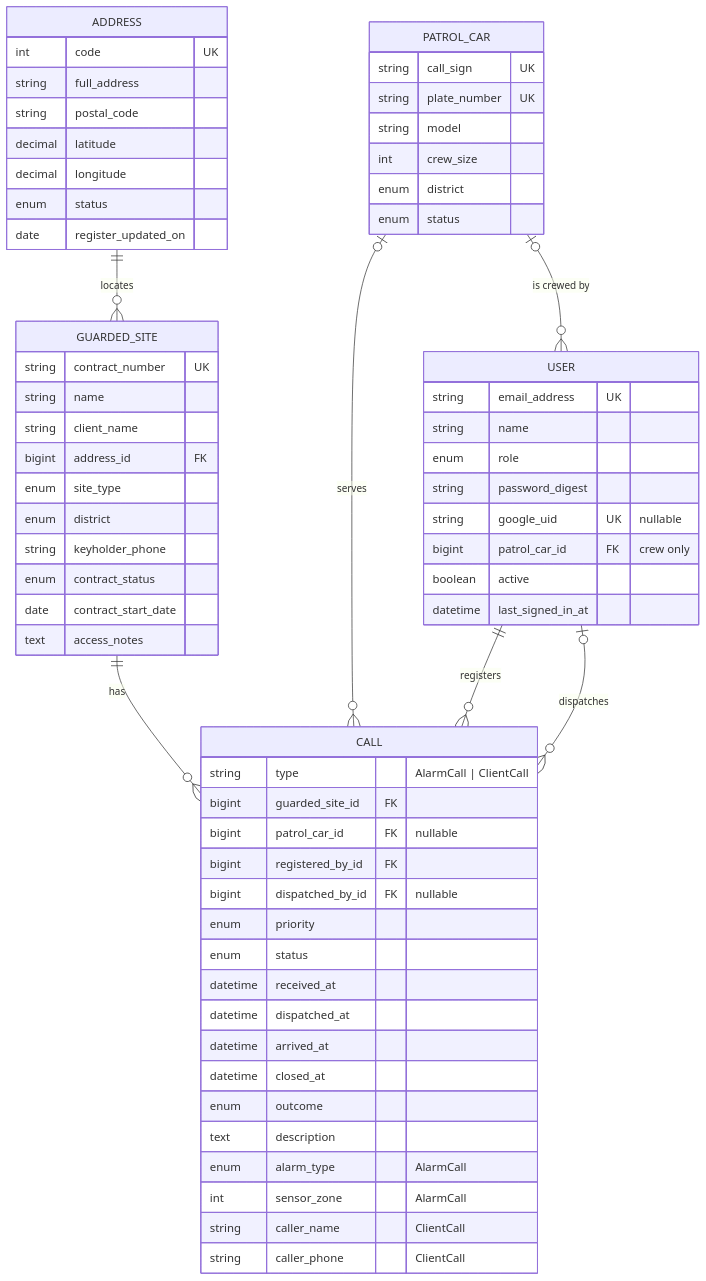
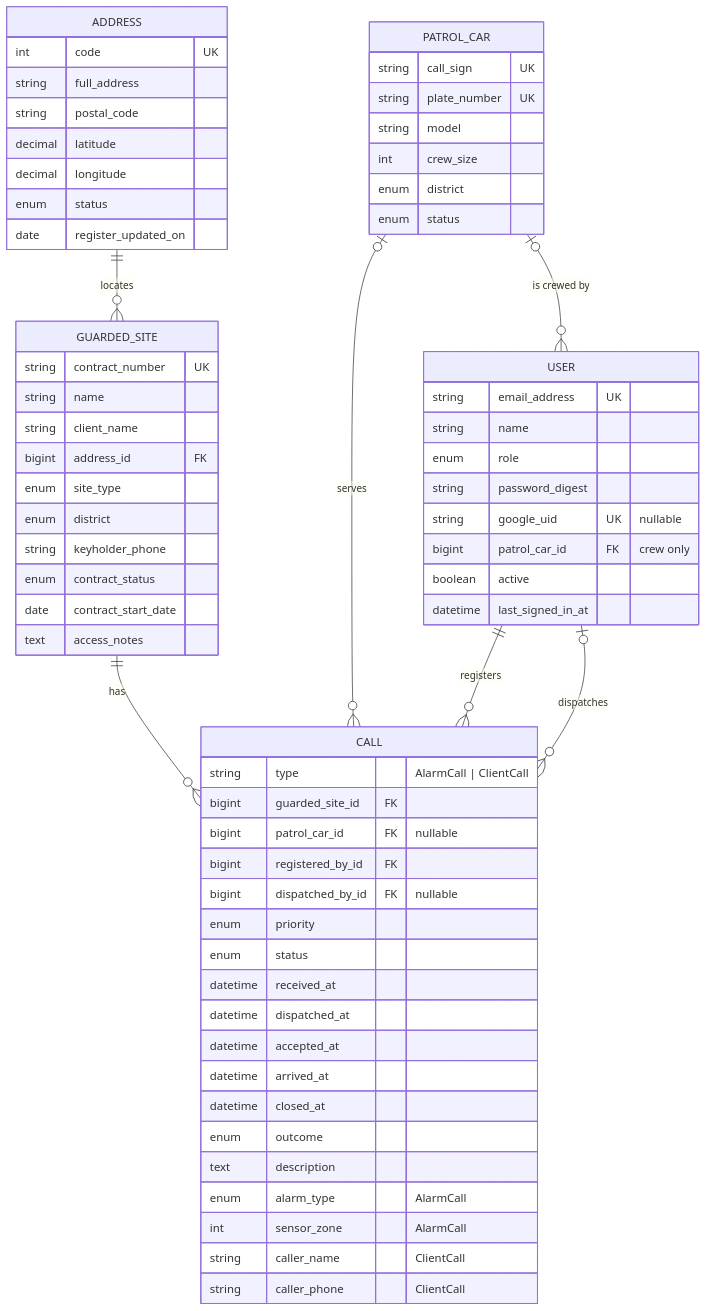
One commit to jromanovs/patrol-call-system changed the first of 2 diagrams in SPECIFICATION.md. Above: the diagram before and after it, drawn with Mermaid. The commit also changed other lines of this file, not shown here.

````diff
--- a/SPECIFICATION.md
+++ b/SPECIFICATION.md
@@ -181,67 +182,68 @@
 ```mermaid
 erDiagram
     ADDRESS ||--o{ GUARDED_SITE : "locates"
     GUARDED_SITE ||--o{ CALL : "has"
     PATROL_CAR |o--o{ CALL : "serves"
     USER ||--o{ CALL : "registers"
     USER |o--o{ CALL : "dispatches"
     PATROL_CAR |o--o{ USER : "is crewed by"
     ADDRESS {
         int code UK
         string full_address
         string postal_code
         decimal latitude
         decimal longitude
         enum status
         date register_updated_on
     }
     GUARDED_SITE {
         string contract_number UK
         string name
         string client_name
         bigint address_id FK
         enum site_type
         enum district
         string keyholder_phone
         enum contract_status
         date contract_start_date
         text access_notes
     }
     PATROL_CAR {
         string call_sign UK
         string plate_number UK
         string model
         int crew_size
         enum district
         enum status
     }
     USER {
         string email_address UK
         string name
         enum role
         string password_digest
         string google_uid UK "nullable"
         bigint patrol_car_id FK "crew only"
         boolean active
         datetime last_signed_in_at
     }
     CALL {
         string type "AlarmCall | ClientCall"
         bigint guarded_site_id FK
         bigint patrol_car_id FK "nullable"
         bigint registered_by_id FK
         bigint dispatched_by_id FK "nullable"
         enum priority
         enum status
         datetime received_at
         datetime dispatched_at
+        datetime accepted_at
         datetime arrived_at
         datetime closed_at
         enum outcome
         text description
         enum alarm_type "AlarmCall"
         int sensor_zone "AlarmCall"
         string caller_name "ClientCall"
         string caller_phone "ClientCall"
     }
 ```
````
